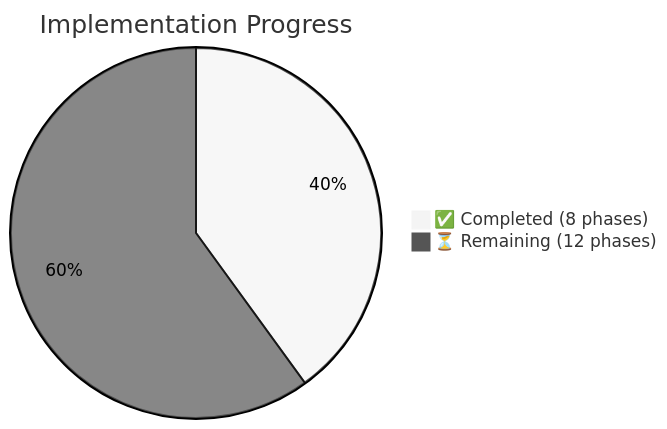
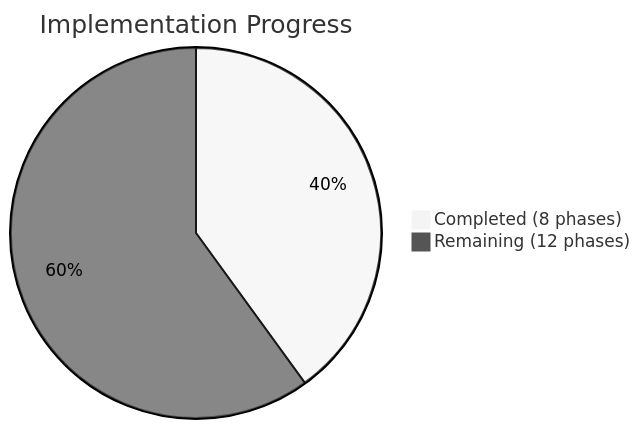
One commit to sivaganesh7/DevCodeX64 changed the eighth of 10 diagrams in README.md. Above: the diagram before and after it, drawn with Mermaid (neutral theme). The commit also changed other lines of this file, not shown here.

````diff
--- a/README.md
+++ b/README.md
@@ -598,5 +538,5 @@
 ```mermaid
 pie title Implementation Progress
-    "✅ Completed (8 phases)" : 8
-    "⏳ Remaining (12 phases)" : 12
+    "Completed (8 phases)" : 8
+    "Remaining (12 phases)" : 12
 ```
````
